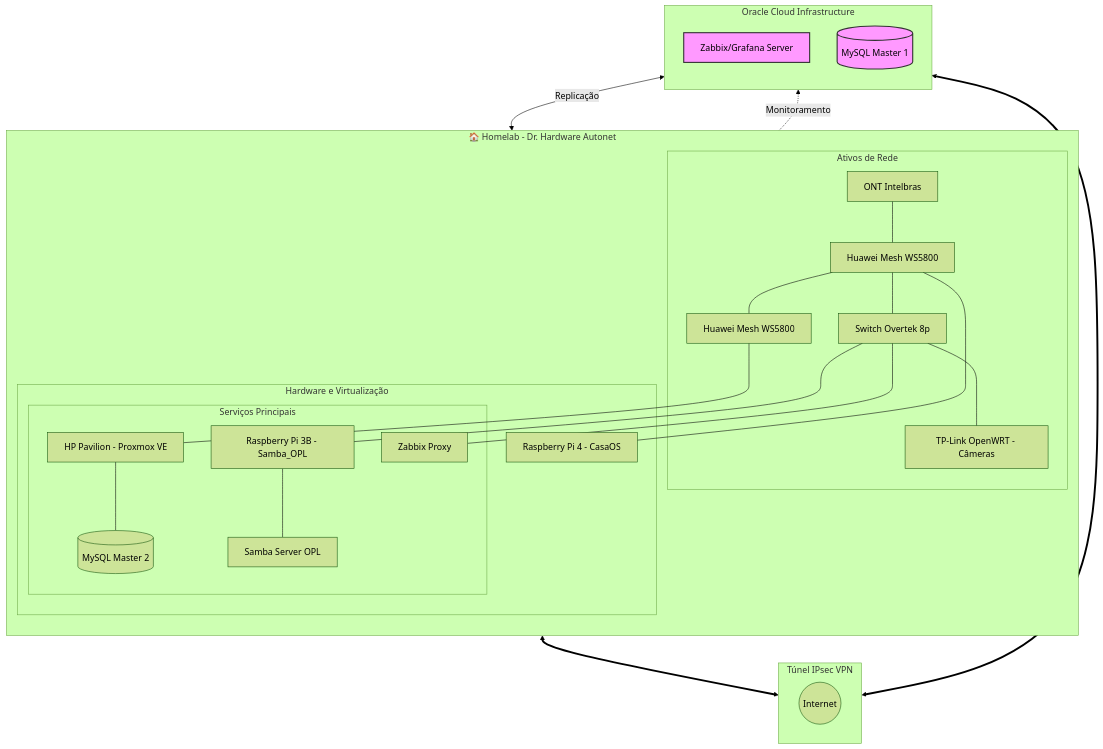
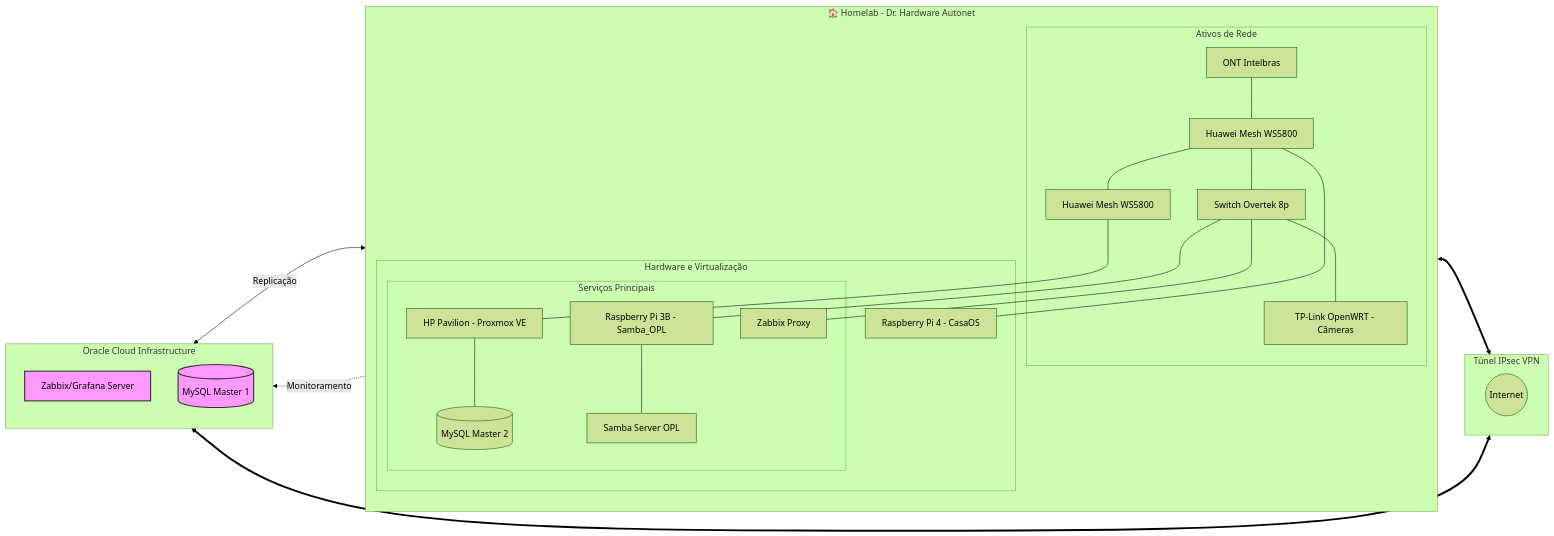
The diagram in Infraestructure/README.md (kevindexter22/Dr-Hardware-Autonet), drawn with Mermaid (forest theme) before and after one commit.

````diff
--- a/Infraestructure/README.md
+++ b/Infraestructure/README.md
@@ -13,47 +13,47 @@
 ```mermaid
-graph TD
+graph LR
     %% Definição de Estilos
     classDef cloud fill:#f9f,stroke:#333,stroke-width:2px;
     classDef local fill:#bbf,stroke:#333,stroke-width:2px;
     classDef hardware fill:#dfd,stroke:#333,stroke-width:1px;
 
 subgraph Home [🏠 Homelab - Dr. Hardware Autonet]
         direction TB
         
         subgraph Net [Ativos de Rede]
             ONT[ONT Intelbras] --- R1[Huawei Mesh WS5800]
             R1 --- R2[Huawei Mesh WS5800]
             R1 --- SW1[Switch Overtek 8p]
             SW1 --- R3[TP-Link OpenWRT - Câmeras]
         end
 
         subgraph Compute [Hardware e Virtualização]
             R1 --- RPi4[Raspberry Pi 4 - CasaOS]
             R2 --- HP[HP Pavilion - Proxmox VE]
             SW1 --- RPi3[Raspberry Pi 3B - Samba_OPL]
             
             subgraph Services [Serviços Principais]
                 SW1 --- ZP[Zabbix Proxy]
                 HP --- M2[(MySQL Master 2)]
                 RPi3 --- Samba[Samba Server OPL]
             end
         end
     end
     
       subgraph VPN [Túnel IPsec VPN]
         direction LR
         Tunnel((Internet))
     end
 
     subgraph OCI [Oracle Cloud Infrastructure]
         direction TB
         ZS[Zabbix/Grafana Server]:::cloud
         M1[(MySQL Master 1)]:::cloud
     end
   
     %% Conexões Lógicas
     M1 <--> |Replicação| M2
     ZP -.-> |Monitoramento| ZS
     R1 <==> VPN <==> OCI
 
 ```
````
